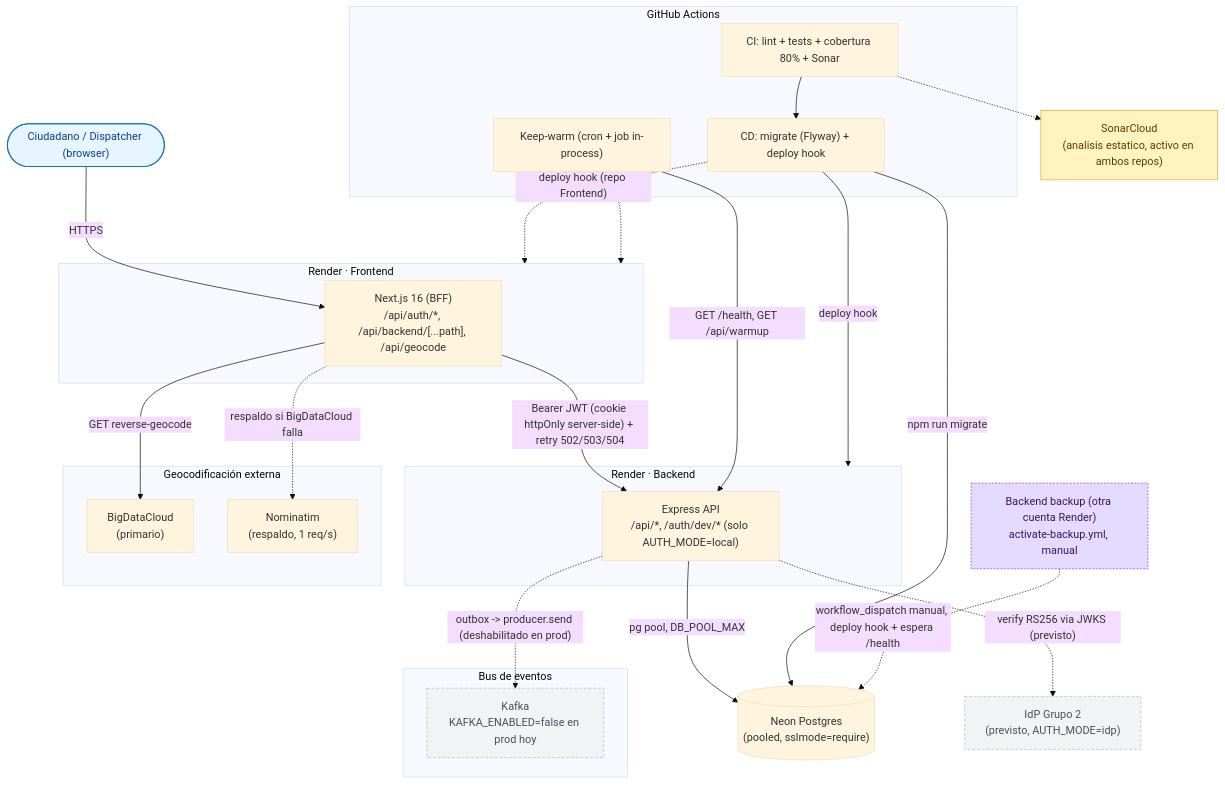
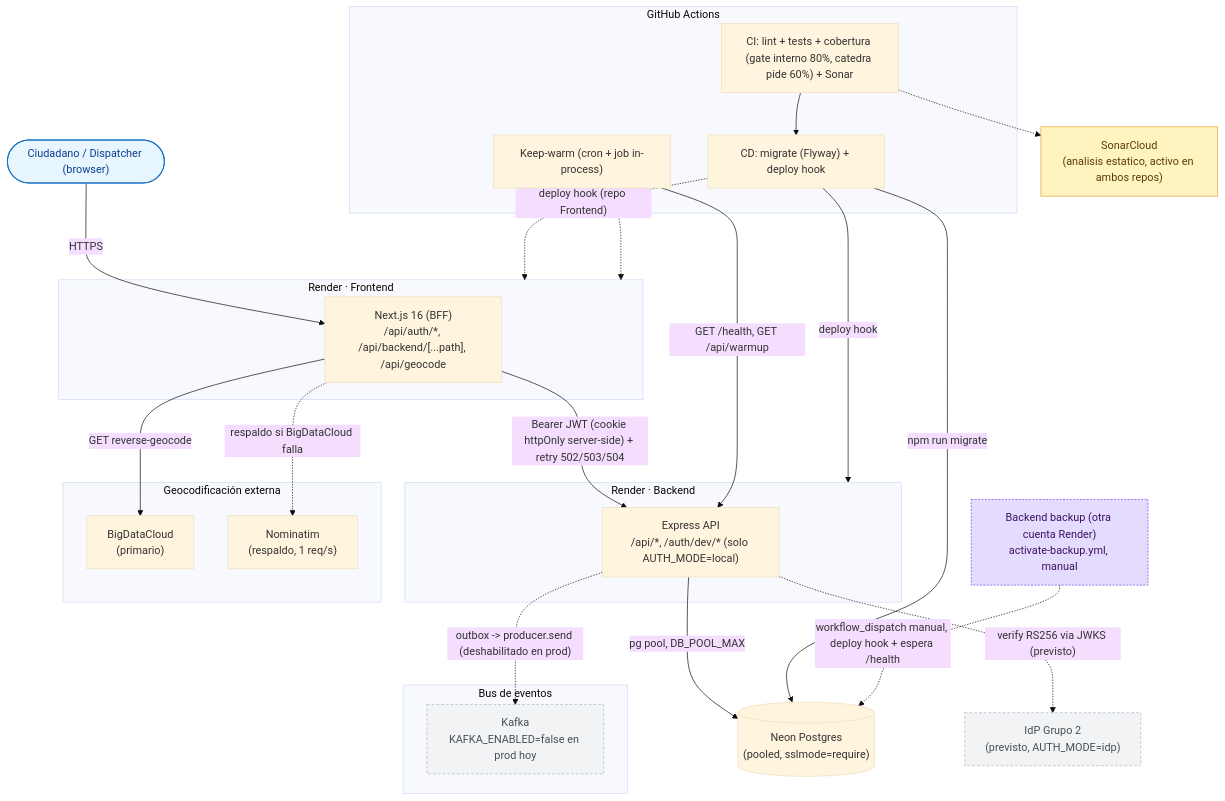
Before and after one commit to G6D2/emergencias-backend: the first of 2 diagrams in docs/diagramas/03-arquitectura.md, drawn with Mermaid (base theme). The commit also changed 1 other file, not shown here.

Commit message:
docs(cobertura): mostrar catedra 60% + gate interno 80% + real (#20)
La presentacion venia mezclando tres numeros:
- Requisito externo de la catedra: 60%
- Gate interno del pipeline: 80% en 4 ejes
- Valor real: no citado

Se agrega en 07-ci-cd.md una seccion 'Cobertura: requisito externo vs.
gate interno vs. valor real' que separa los tres y trae los valores
concretos del ultimo CI exitoso sobre main:

  backend  stmts 96.70% branches 87.15% funcs 96.48% lines 96.96%
           (run 35665928569, 2026-09-21)
  frontend stmts 96.12% branches 89.59% funcs 95.18% lines 98.43%
           (run 35664969982, 2026-09-21)

Se aclara ademas que los porcentajes del frontend son sobre lib/** y
app/lib/** (adelanto de #40) para no dejar el numero desnudo.

Se ajusta 03-arquitectura.md linea 34 para citar '(gate interno 80%,
catedra pide 60%)' en el nodo CI del diagrama.

````diff
--- a/docs/diagramas/03-arquitectura.md
+++ b/docs/diagramas/03-arquitectura.md
@@ -8,56 +8,56 @@
 ```mermaid
 flowchart TB
     ciudadano(["Ciudadano / Dispatcher (browser)"]):::actor
 
     subgraph rfe["Render · Frontend"]
         bff["Next.js 16 (BFF)<br/>/api/auth/*, /api/backend/[...path], /api/geocode"]
     end
 
     subgraph rbe["Render · Backend"]
         api["Express API<br/>/api/*, /auth/dev/* (solo AUTH_MODE=local)"]
     end
 
     neon[("Neon Postgres<br/>(pooled, sslmode=require)")]
 
     subgraph edaGroup["Bus de eventos"]
         kafka["Kafka<br/>KAFKA_ENABLED=false en prod hoy"]:::planned
     end
 
     idp["IdP Grupo 2<br/>(previsto, AUTH_MODE=idp)"]:::planned
 
     subgraph geo["Geocodificación externa"]
         bdc["BigDataCloud<br/>(primario)"]
         nom["Nominatim<br/>(respaldo, 1 req/s)"]
     end
 
     subgraph gha["GitHub Actions"]
-        ci["CI: lint + tests + cobertura 80% + Sonar"]
+        ci["CI: lint + tests + cobertura (gate interno 80%, catedra pide 60%) + Sonar"]
         cd["CD: migrate (Flyway) + deploy hook"]
         kw["Keep-warm (cron + job in-process)"]
     end
 
     sonar["SonarCloud<br/>(analisis estatico, activo en ambos repos)"]:::optional
 
     backup["Backend backup (otra cuenta Render)<br/>activate-backup.yml, manual"]:::backup
 
     ciudadano -->|HTTPS| bff
     bff -->|"Bearer JWT (cookie httpOnly server-side) + retry 502/503/504"| api
     api -->|"pg pool, DB_POOL_MAX"| neon
     api -.->|"outbox -> producer.send (deshabilitado en prod)"| kafka
     api -.->|"verify RS256 via JWKS (previsto)"| idp
     bff -->|"GET reverse-geocode"| bdc
     bff -.->|"respaldo si BigDataCloud falla"| nom
     ci --> cd
     cd -->|"npm run migrate"| neon
     cd -->|"deploy hook"| rbe
     cd -.->|"deploy hook (repo Frontend)"| rfe
     kw -->|"GET /health, GET /api/warmup"| api
     kw -.-> rfe
     ci -.-> sonar
     backup -.->|"workflow_dispatch manual, deploy hook + espera /health"| neon
 
     classDef actor fill:#e7f5ff,stroke:#1971c2,color:#0b3d91,stroke-width:1.5px;
     classDef planned fill:#f1f3f5,stroke:#adb5bd,color:#495057,stroke-width:1px,stroke-dasharray: 4 3;
     classDef optional fill:#fff3bf,stroke:#e8a33d,color:#5c3d00,stroke-width:1px;
     classDef backup fill:#e5dbff,stroke:#7048e8,color:#3c1361,stroke-width:1px,stroke-dasharray: 3 2;
 ```
````
